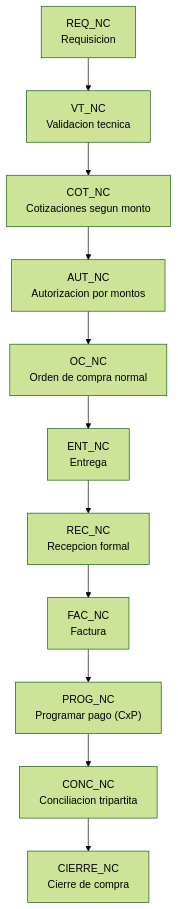
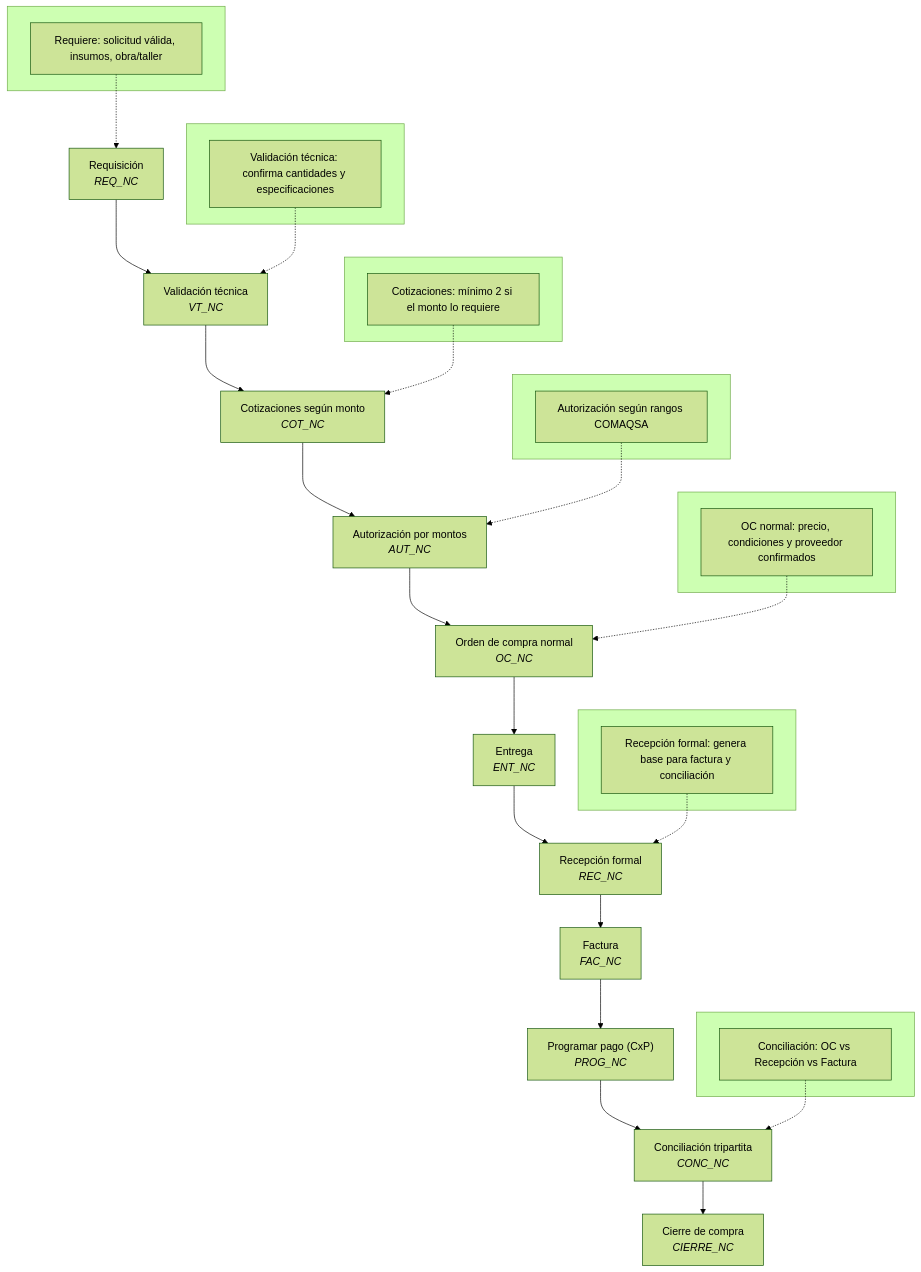
The diagram in Compras/DIAGRAMA 1 — NORMAL + CRÉDITO.md (Joaquin1987/ERP-comaqsa), drawn with Mermaid (forest theme) before and after one commit.

Commit message:
Update DIAGRAMA 1 — NORMAL + CRÉDITO.md
Agregando acentos y mejorando estructura

````diff
--- a/Compras/DIAGRAMA 1 — NORMAL + CRÉDITO.md
+++ b/Compras/DIAGRAMA 1 — NORMAL + CRÉDITO.md
@@ -1,14 +1,51 @@
 ```mermaid
 flowchart TD
 
-    A["REQ_NC\nRequisicion"] --> B["VT_NC\nValidacion tecnica"]
-    B --> C["COT_NC\nCotizaciones segun monto"]
-    C --> D["AUT_NC\nAutorizacion por montos"]
-    D --> E["OC_NC\nOrden de compra normal"]
-    E --> F["ENT_NC\nEntrega"]
-    F --> G["REC_NC\nRecepcion formal"]
-    G --> H["FAC_NC\nFactura"]
-    H --> I["PROG_NC\nProgramar pago (CxP)"]
-    I --> J["CONC_NC\nConciliacion tripartita"]
-    J --> K["CIERRE_NC\nCierre de compra"]
+    A["Requisici&oacute;n<br/><i>REQ_NC</i>"] --> 
+    B["Validaci&oacute;n t&eacute;cnica<br/><i>VT_NC</i>"] --> 
+    C["Cotizaciones seg&uacute;n monto<br/><i>COT_NC</i>"] --> 
+    D["Autorizaci&oacute;n por montos<br/><i>AUT_NC</i>"] --> 
+    E["Orden de compra normal<br/><i>OC_NC</i>"] --> 
+    F["Entrega<br/><i>ENT_NC</i>"] --> 
+    G["Recepci&oacute;n formal<br/><i>REC_NC</i>"] --> 
+    H["Factura<br/><i>FAC_NC</i>"] --> 
+    I["Programar pago (CxP)<br/><i>PROG_NC</i>"] --> 
+    J["Conciliaci&oacute;n tripartita<br/><i>CONC_NC</i>"] --> 
+    K["Cierre de compra<br/><i>CIERRE_NC</i>"]
+
+    %% Notas laterales (subgraphs para explicaciones)
+    subgraph NotaA[" "]
+        NA["Requiere: solicitud válida, insumos, obra/taller"]
+    end
+    NA -.-> A
+
+    subgraph NotaB[" "]
+        NB["Validación técnica: confirma cantidades y especificaciones"]
+    end
+    NB -.-> B
+
+    subgraph NotaC[" "]
+        NC["Cotizaciones: mínimo 2 si el monto lo requiere"]
+    end
+    NC -.-> C
+
+    subgraph NotaD[" "]
+        ND["Autorización según rangos COMAQSA"]
+    end
+    ND -.-> D
+
+    subgraph NotaE[" "]
+        NE["OC normal: precio, condiciones y proveedor confirmados"]
+    end
+    NE -.-> E
+
+    subgraph NotaG[" "]
+        NG["Recepción formal: genera base para factura y conciliación"]
+    end
+    NG -.-> G
+
+    subgraph NotaJ[" "]
+        NJ["Conciliación: OC vs Recepción vs Factura"]
+    end
+    NJ -.-> J
 ```
````
